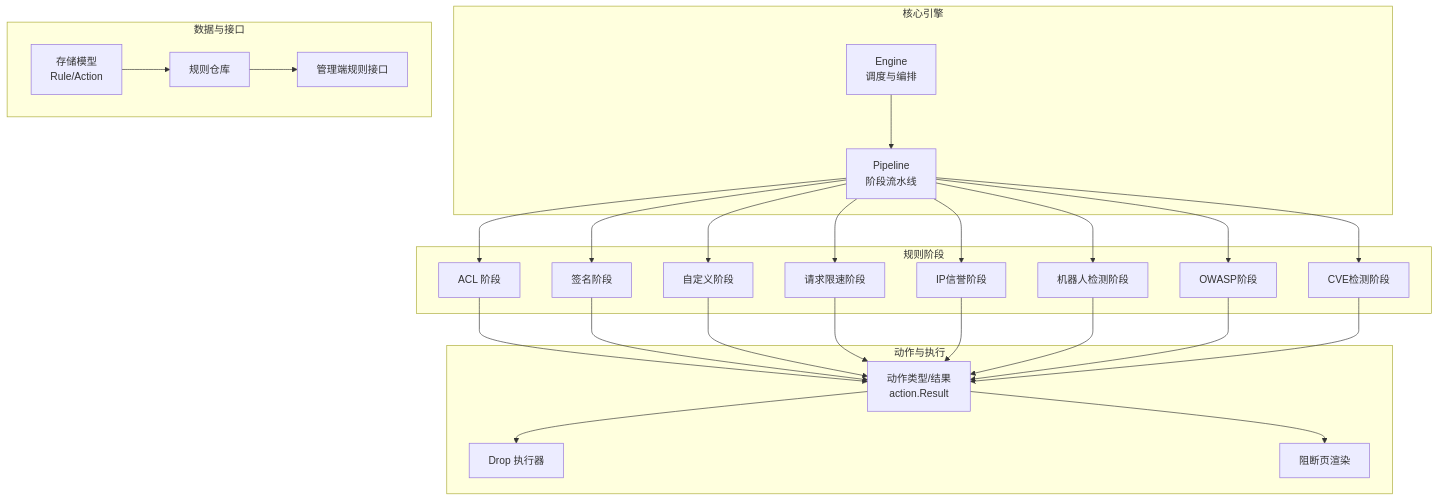
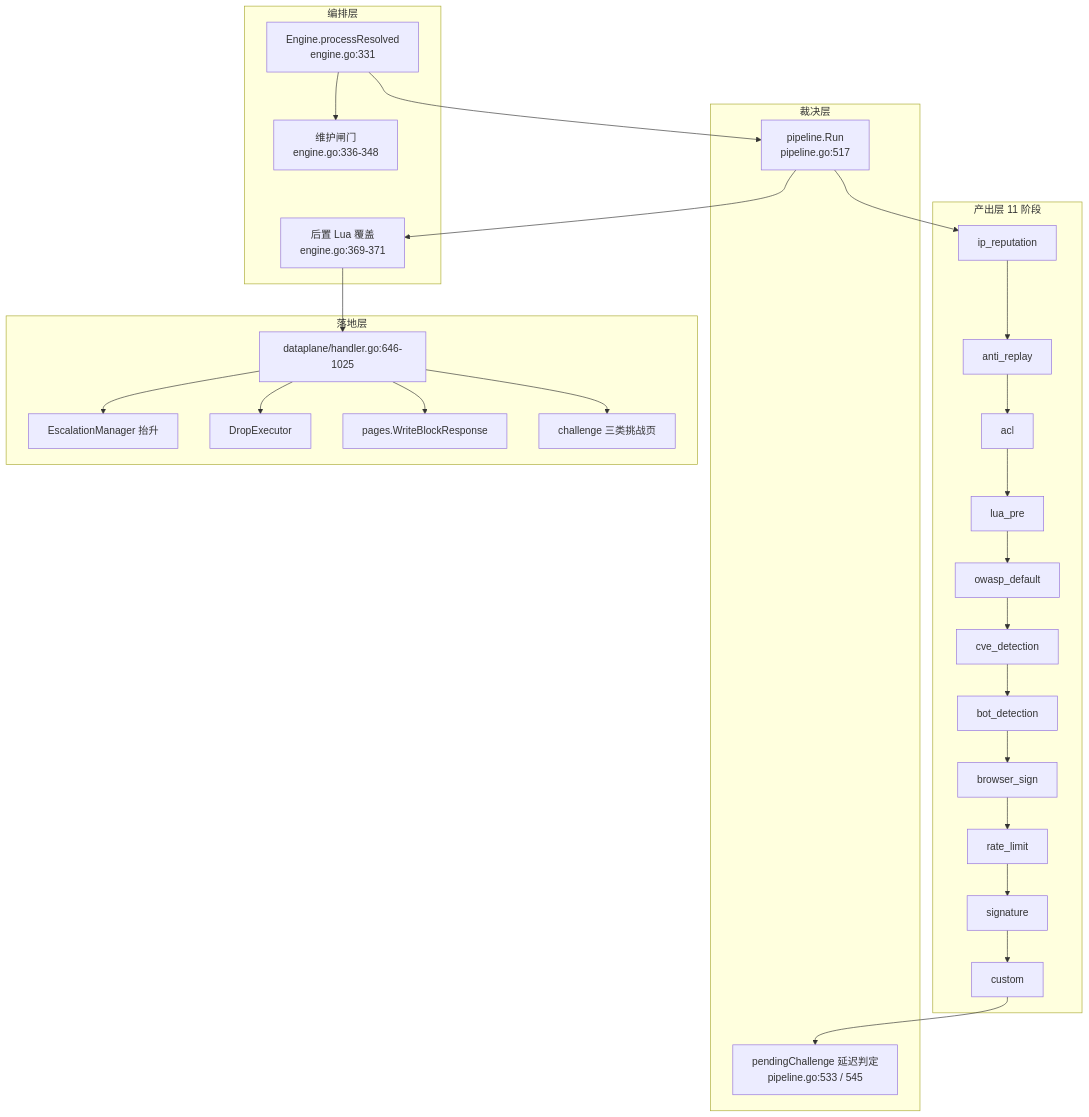
The first of 6 diagrams in docs/扩展与插件系统/规则引擎扩展/动作集成.md (x01n/My-OpenWaf), drawn with Mermaid before and after one commit. The commit also changed other lines of this file and 622 other files, not shown here.

````diff
--- a/docs/扩展与插件系统/规则引擎扩展/动作集成.md
+++ b/docs/扩展与插件系统/规则引擎扩展/动作集成.md
@@ -47,48 +69,43 @@
 ```mermaid
 graph TB
-subgraph "核心引擎"
-ENG["Engine<br/>调度与编排"]
-PIPE["Pipeline<br/>阶段流水线"]
+subgraph "编排层"
+ENG["Engine.processResolved<br/>engine.go:331"]
+MAINT["维护闸门<br/>engine.go:336-348"]
+POSTLUA["后置 Lua 覆盖<br/>engine.go:369-371"]
 end
-subgraph "规则阶段"
-PH_A["ACL 阶段"]
-PH_S["签名阶段"]
-PH_C["自定义阶段"]
-PH_RL["请求限速阶段"]
-PH_IPR["IP信誉阶段"]
-PH_BOT["机器人检测阶段"]
-PH_OWS["OWASP阶段"]
-PH_CVE["CVE检测阶段"]
+subgraph "裁决层"
+PIPE["pipeline.Run<br/>pipeline.go:517"]
+PEND["pendingChallenge 延迟判定<br/>pipeline.go:533 / 545"]
 end
-subgraph "动作与执行"
-ACT["动作类型/结果<br/>action.Result"]
-DROP["Drop 执行器"]
-BLOCK["阻断页渲染"]
+subgraph "产出层 11 阶段"
+P1["ip_reputation"]
+P2["anti_replay"]
+P3["acl"]
+P4["lua_pre"]
+P5["owasp_default"]
+P6["cve_detection"]
+P7["bot_detection"]
+P8["browser_sign"]
+P9["rate_limit"]
+P10["signature"]
+P11["custom"]
 end
-subgraph "数据与接口"
-STORE["存储模型<br/>Rule/Action"]
-REPO["规则仓库"]
-ADMIN["管理端规则接口"]
+subgraph "落地层"
+HDL["dataplane/handler.go:646-1025"]
+ESC["EscalationManager 抬升"]
+DROP["DropExecutor"]
+PAGES["pages.WriteBlockResponse"]
+CHS["challenge 三类挑战页"]
 end
+ENG --> MAINT
 ENG --> PIPE
-PIPE --> PH_A
-PIPE --> PH_S
-PIPE --> PH_C
-PIPE --> PH_RL
-PIPE --> PH_IPR
-PIPE --> PH_BOT
-PIPE --> PH_OWS
-PIPE --> PH_CVE
-PH_A --> ACT
-PH_S --> ACT
-PH_C --> ACT
-PH_RL --> ACT
-PH_IPR --> ACT
-PH_BOT --> ACT
-PH_OWS --> ACT
-PH_CVE --> ACT
-ACT --> DROP
-ACT --> BLOCK
-STORE --> REPO
-REPO --> ADMIN
+PIPE --> P1
+P1 --> P2 --> P3 --> P4 --> P5 --> P6 --> P7 --> P8 --> P9 --> P10 --> P11
+P11 --> PEND
+PIPE --> POSTLUA
+POSTLUA --> HDL
+HDL --> ESC
+HDL --> DROP
+HDL --> PAGES
+HDL --> CHS
 ```
````
